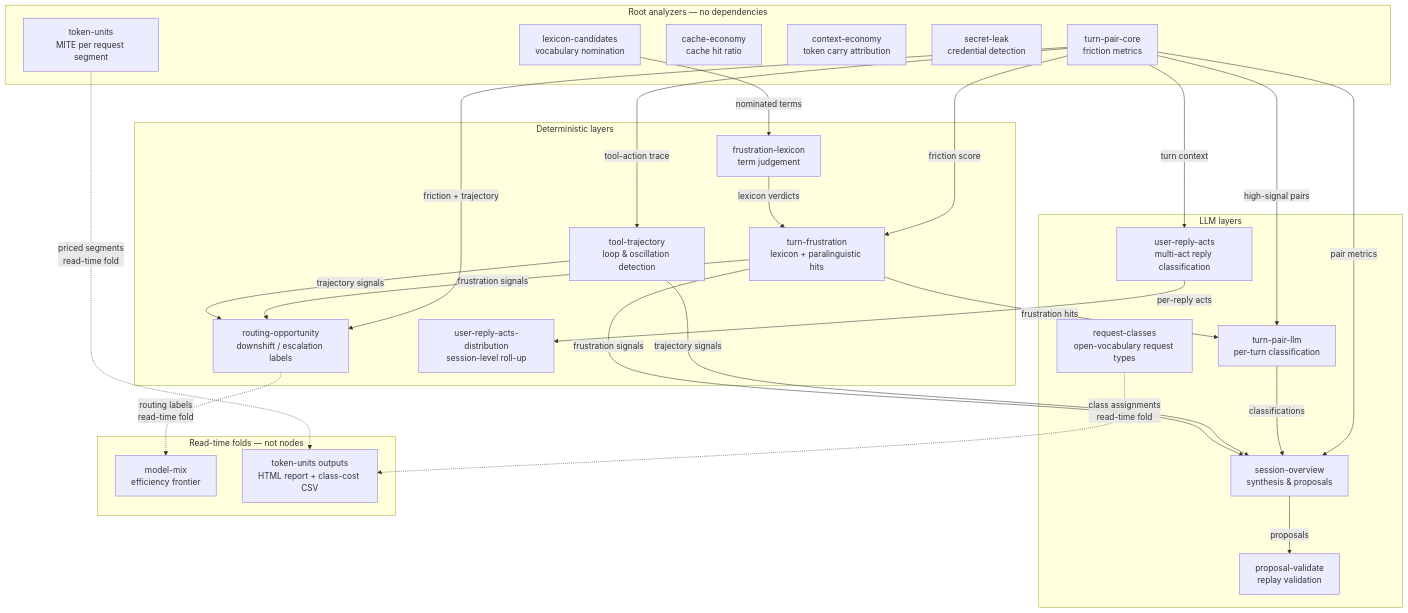
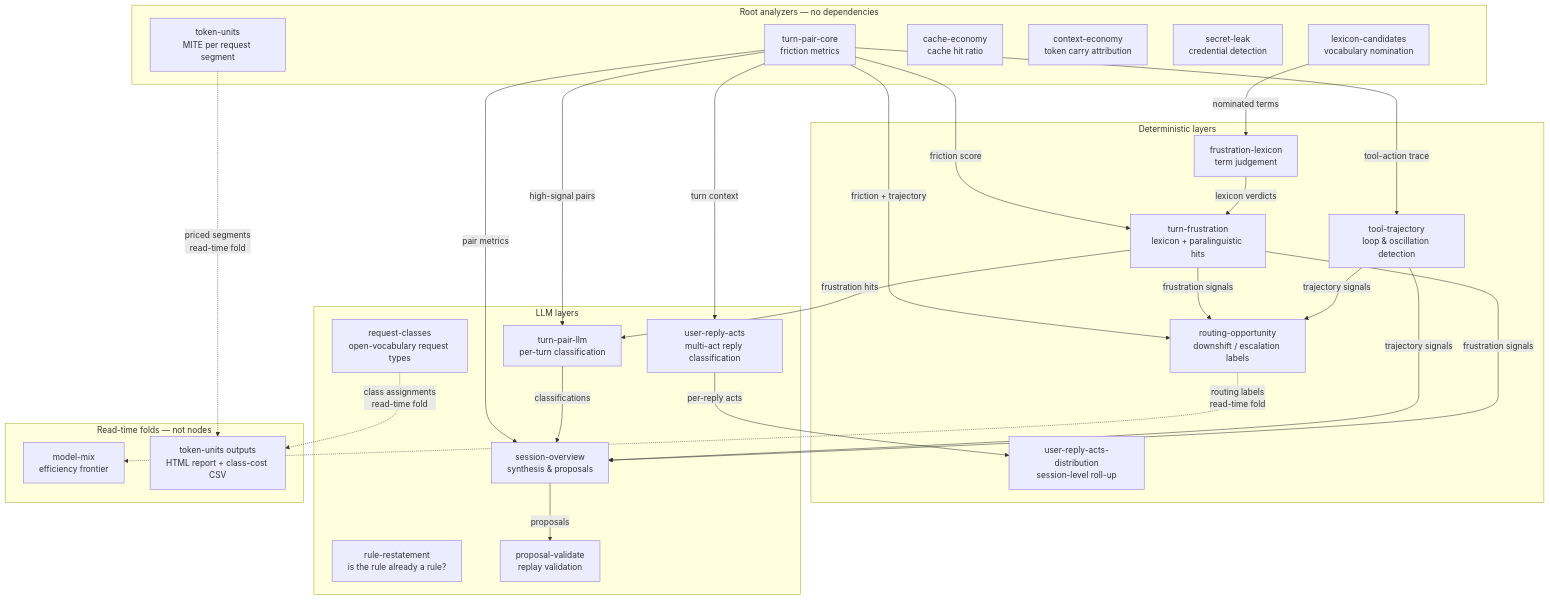
The diagram in README.md (elecnix/pi-prospector), drawn with Mermaid before and after one commit. The commit also changed other lines of this file and 21 other files, not shown here.

````diff
--- a/README.md
+++ b/README.md
@@ -73,52 +73,53 @@
 ```mermaid
 flowchart TD
   subgraph roots [Root analyzers — no dependencies]
     TPC[turn-pair-core<br/>friction metrics]
     LEX[lexicon-candidates<br/>vocabulary nomination]
     CE[cache-economy<br/>cache hit ratio]
     CTX[context-economy<br/>token carry attribution]
     SL[secret-leak<br/>credential detection]
     TU[token-units<br/>MITE per request segment]
   end
 
   subgraph deterministic [Deterministic layers]
     FL[frustration-lexicon<br/>term judgement]
     TF[turn-frustration<br/>lexicon + paralinguistic hits]
     TT[tool-trajectory<br/>loop &amp; oscillation detection]
     RO[routing-opportunity<br/>downshift / escalation labels]
     URD[user-reply-acts-distribution<br/>session-level roll-up]
   end
 
   subgraph llm [LLM layers]
     RC[request-classes<br/>open-vocabulary request types]
     TPL[turn-pair-llm<br/>per-turn classification]
     SO[session-overview<br/>synthesis &amp; proposals]
+    RR[rule-restatement<br/>is the rule already a rule?]
     PV[proposal-validate<br/>replay validation]
     URA[user-reply-acts<br/>multi-act reply classification]
   end
 
   subgraph readonly [Read-time folds — not nodes]
     MM[model-mix<br/>efficiency frontier]
     OUT[token-units outputs<br/>HTML report + class-cost CSV]
   end
 
   LEX -->|nominated terms| FL
   TPC -->|friction score| TF
   FL -->|lexicon verdicts| TF
   TPC -->|high-signal pairs| TPL
   TF -->|frustration hits| TPL
   TPC -->|tool-action trace| TT
   TPC -->|friction + trajectory| RO
   TF -->|frustration signals| RO
   TT -->|trajectory signals| RO
   TPC -->|pair metrics| SO
   TPL -->|classifications| SO
   TT -->|trajectory signals| SO
   TF -->|frustration signals| SO
   SO -->|proposals| PV
   TPC -->|turn context| URA
   URA -->|per-reply acts| URD
   RO -.->|routing labels<br/>read-time fold| MM
   TU -.->|priced segments<br/>read-time fold| OUT
   RC -.->|class assignments<br/>read-time fold| OUT
 ```
````
